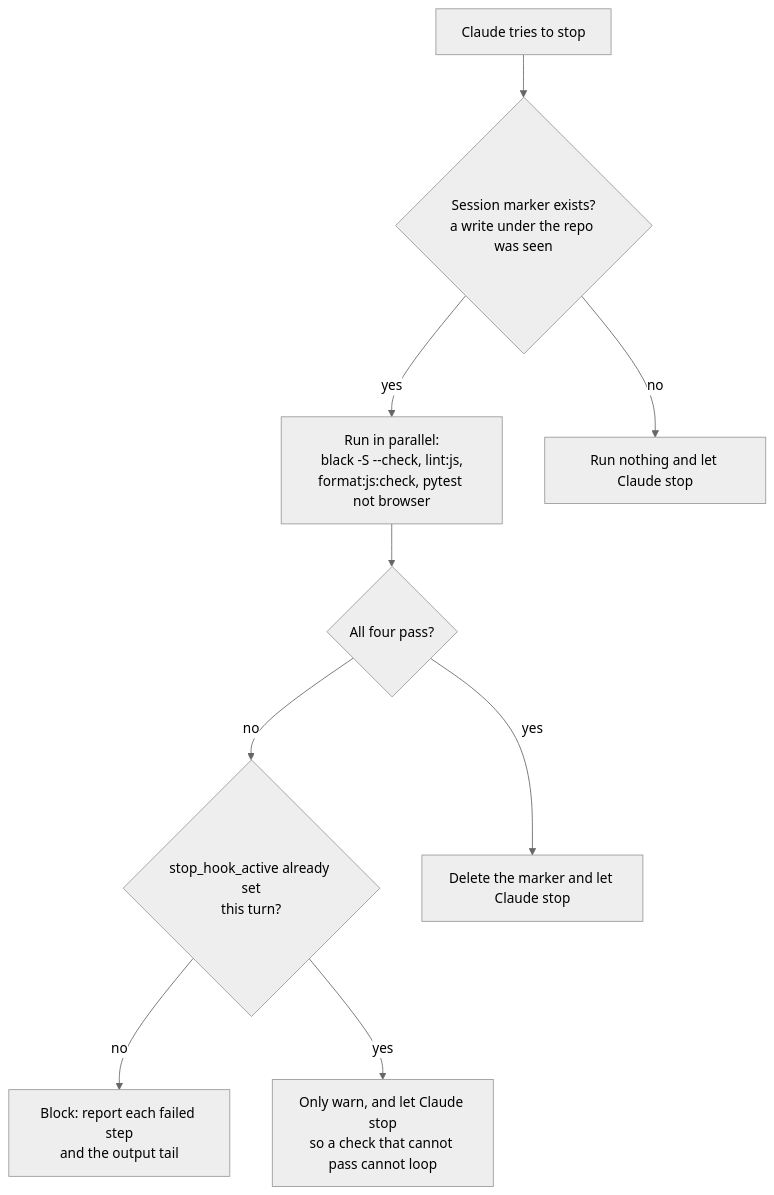
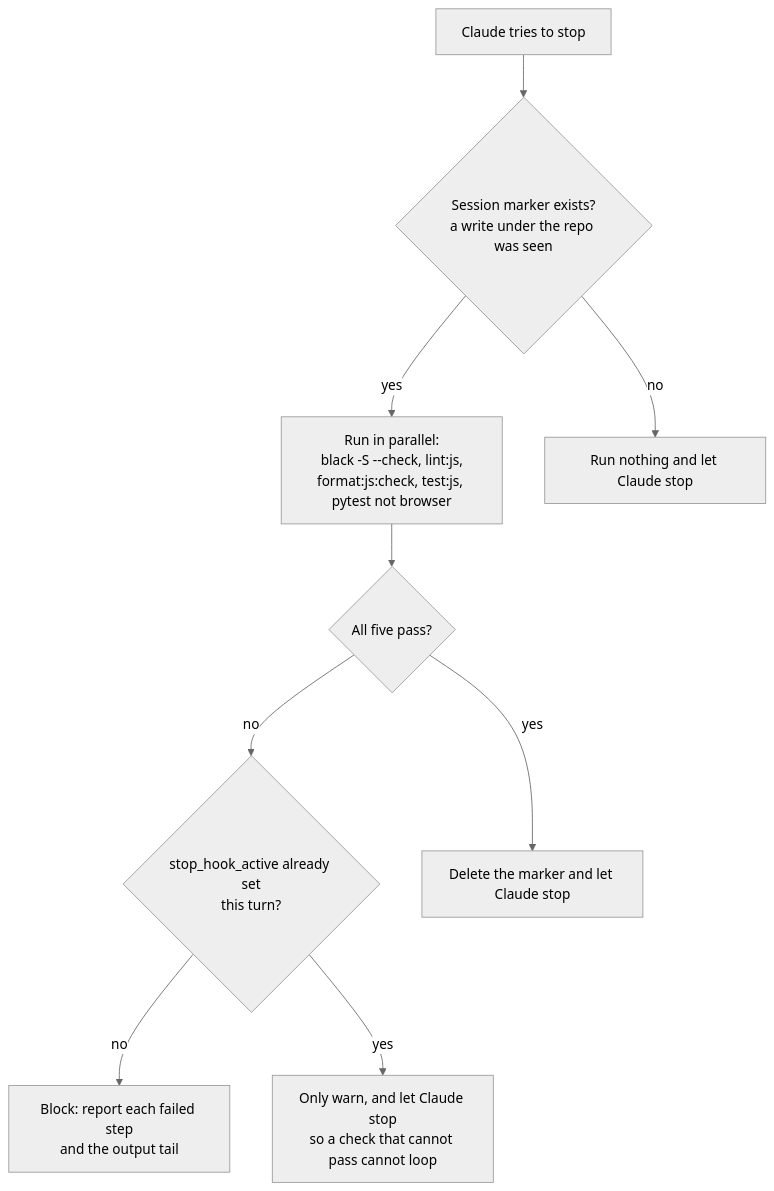
One commit to StarsExpress/LinesShines changed the seventh of 7 diagrams in playbook/architecture/DIAGRAMS.md. Above: the diagram before and after it, drawn with Mermaid (neutral theme). The commit also changed 50 other files, not shown here.

````diff
--- a/playbook/architecture/DIAGRAMS.md
+++ b/playbook/architecture/DIAGRAMS.md
@@ -138,20 +138,20 @@
 ```mermaid
 flowchart TD
     stop["Claude tries to stop"]
     marker{"Session marker exists?<br/>a write under the repo was seen"}
-    run["Run in parallel:<br/>black -S --check, lint:js,<br/>format:js:check, pytest not browser"]
-    ok{"All four pass?"}
+    run["Run in parallel:<br/>black -S --check, lint:js,<br/>format:js:check, test:js, pytest not browser"]
+    ok{"All five pass?"}
     again{"stop_hook_active already set<br/>this turn?"}
     done["Delete the marker and let Claude stop"]
     block["Block: report each failed step<br/>and the output tail"]
     warn["Only warn, and let Claude stop<br/>so a check that cannot pass cannot loop"]
     skip["Run nothing and let Claude stop"]
 
     stop --> marker
     marker -- no --> skip
     marker -- yes --> run --> ok
     ok -- yes --> done
     ok -- no --> again
     again -- no --> block
     again -- yes --> warn
 ```
````
